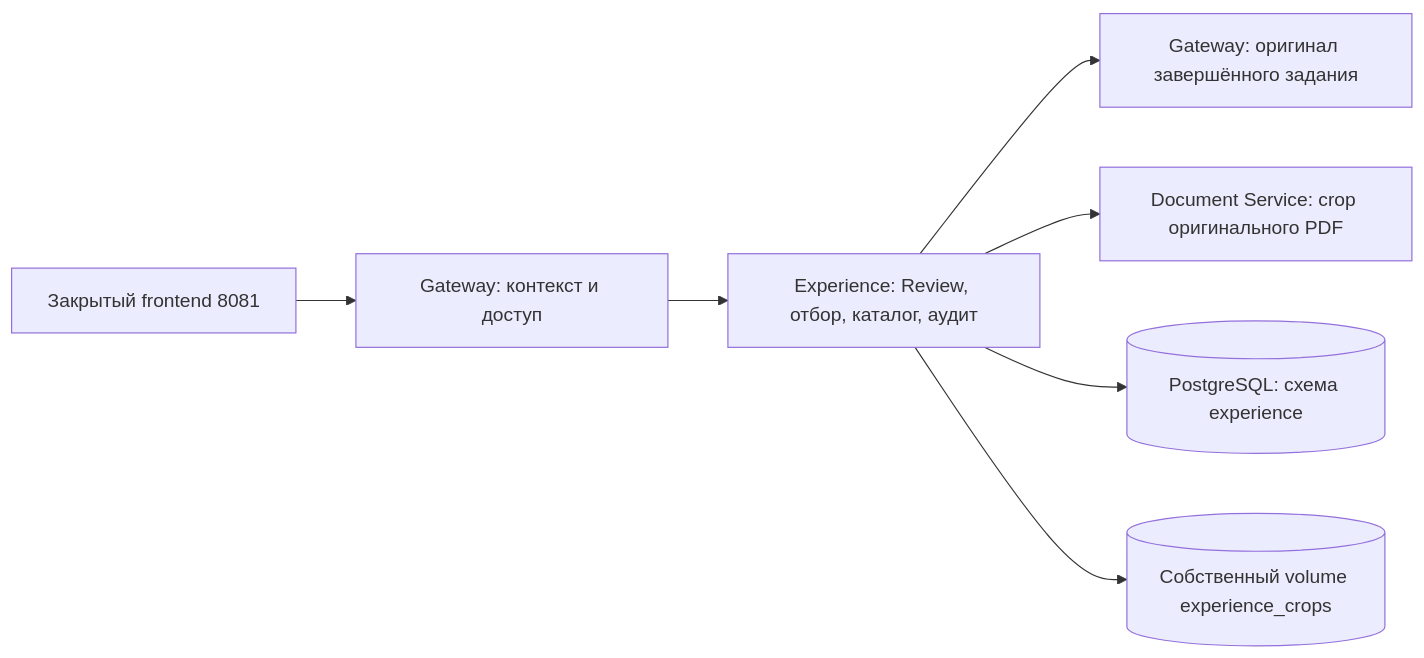
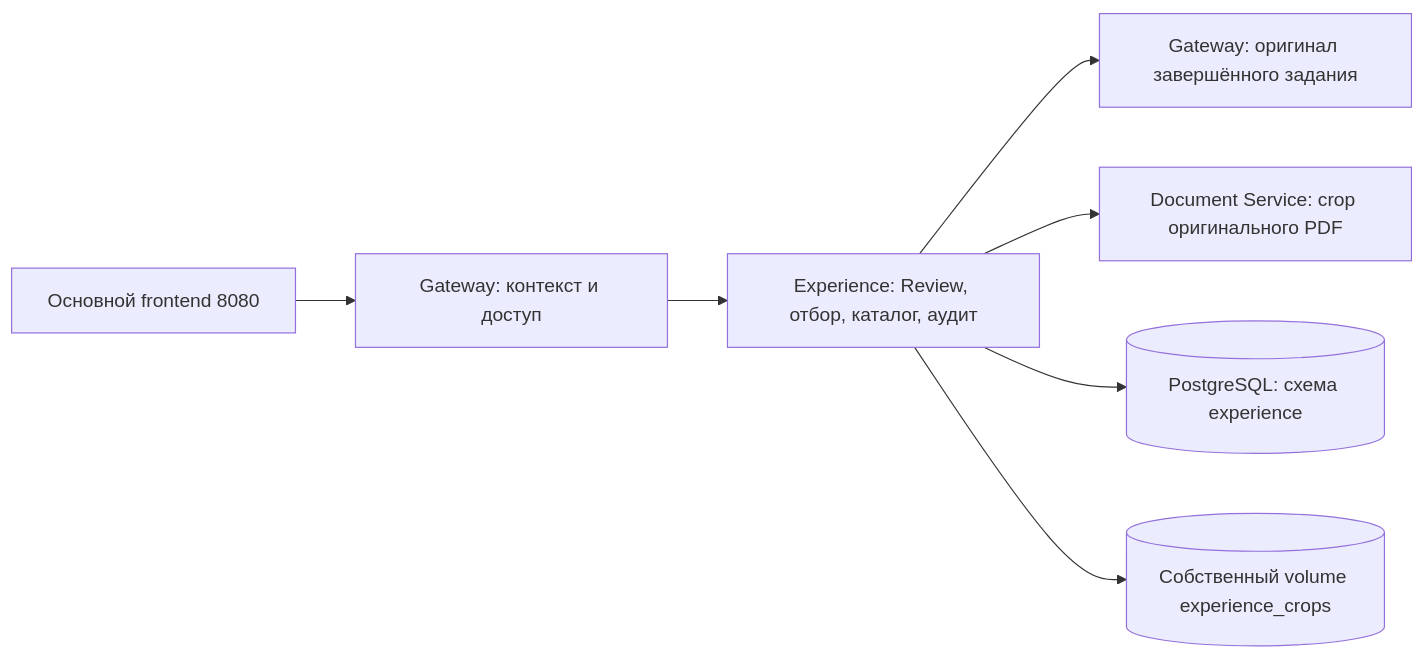
Before and after one commit to Amadu-A/PDRD-validation: the diagram in docs/experience-catalog.md, drawn with Mermaid. The commit also changed other lines of this file and 26 other files, not shown here.

````diff
--- a/docs/experience-catalog.md
+++ b/docs/experience-catalog.md
@@ -13,9 +13,9 @@
 ```mermaid
 flowchart LR
-    UI["Закрытый frontend 8081"] --> GW["Gateway: контекст и доступ"]
+    UI["Основной frontend 8080"] --> GW["Gateway: контекст и доступ"]
     GW --> EX["Experience: Review, отбор, каталог, аудит"]
     EX --> SRC["Gateway: оригинал завершённого задания"]
     EX --> DS["Document Service: crop оригинального PDF"]
     EX --> DB[("PostgreSQL: схема experience")]
     EX --> PNG[("Собственный volume experience_crops")]
 ```
````
